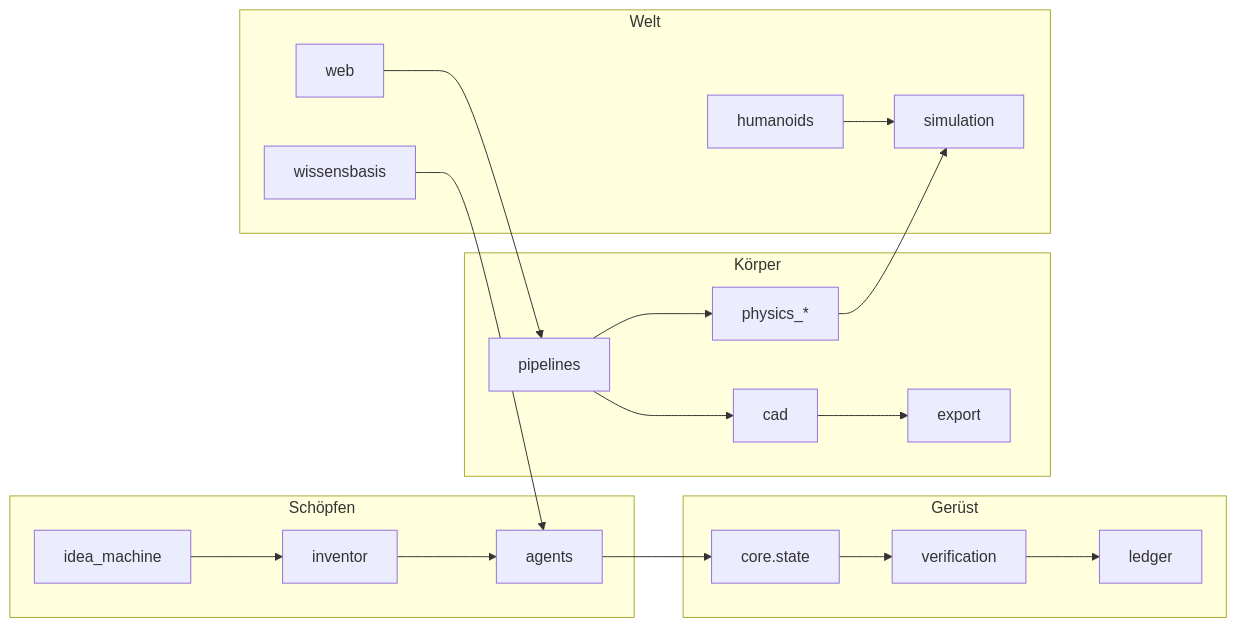
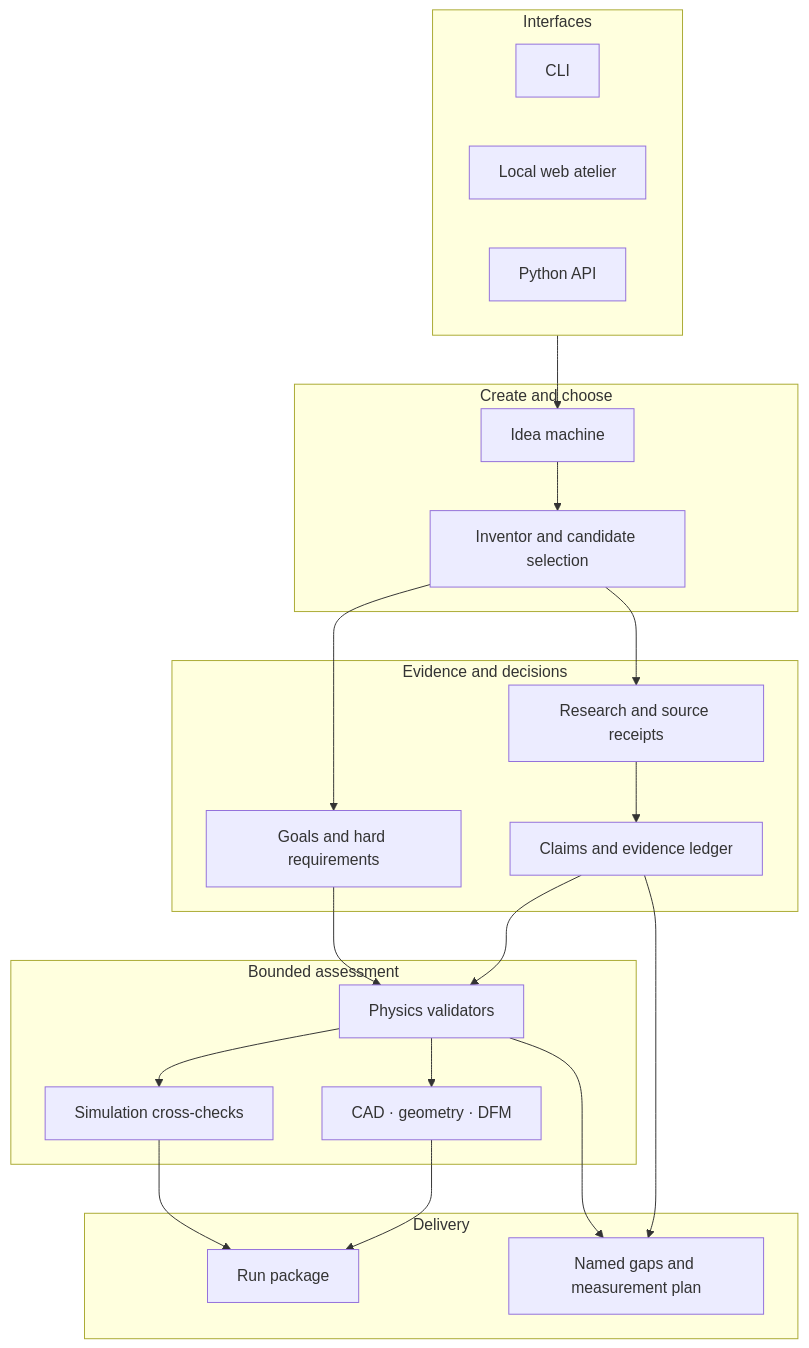
Before and after one commit to Oz4462/Genesis-V2: the second of 2 diagrams in README.md, drawn with Mermaid. The commit also changed other lines of this file and 1 other file, not shown here.

````diff
--- a/README.md
+++ b/README.md
@@ -544,37 +157,42 @@
 ```mermaid
-flowchart LR
-  subgraph create [Schöpfen]
-    IM[idea_machine]
-    INV[inventor]
-    AG[agents]
-  end
-  subgraph truth [Gerüst]
-    CORE[core.state]
-    VER[verification]
-    LED[ledger]
-  end
-  subgraph body [Körper]
-    PHY[physics_*]
-    CAD[cad]
-    EXP[export]
-    PIP[pipelines]
-  end
-  subgraph world [Welt]
-    HUM[humanoids]
-    SIM[simulation]
-    WB[wissensbasis]
-    WEB[web]
-  end
-  IM --> INV
-  INV --> AG
-  AG --> CORE
-  CORE --> VER
-  VER --> LED
-  PIP --> PHY
-  PIP --> CAD
-  CAD --> EXP
-  PHY --> SIM
-  HUM --> SIM
-  WB --> AG
-  WEB --> PIP
+flowchart TB
+    subgraph surfaces[Interfaces]
+      CLI[CLI]
+      WEB[Local web atelier]
+      API[Python API]
+    end
+
+    subgraph create[Create and choose]
+      IDEA[Idea machine]
+      INV[Inventor and candidate selection]
+    end
+
+    subgraph truth[Evidence and decisions]
+      RES[Research and source receipts]
+      LED[Claims and evidence ledger]
+      REQ[Goals and hard requirements]
+    end
+
+    subgraph assess[Bounded assessment]
+      PHY[Physics validators]
+      SIM[Simulation cross-checks]
+      CAD[CAD · geometry · DFM]
+    end
+
+    subgraph deliver[Delivery]
+      PKG[Run package]
+      GAP[Named gaps and measurement plan]
+    end
+
+    surfaces --> IDEA --> INV
+    INV --> RES --> LED
+    INV --> REQ
+    LED --> PHY
+    REQ --> PHY
+    PHY --> SIM
+    PHY --> CAD
+    CAD --> PKG
+    SIM --> PKG
+    LED --> GAP
+    PHY --> GAP
 ```
````
